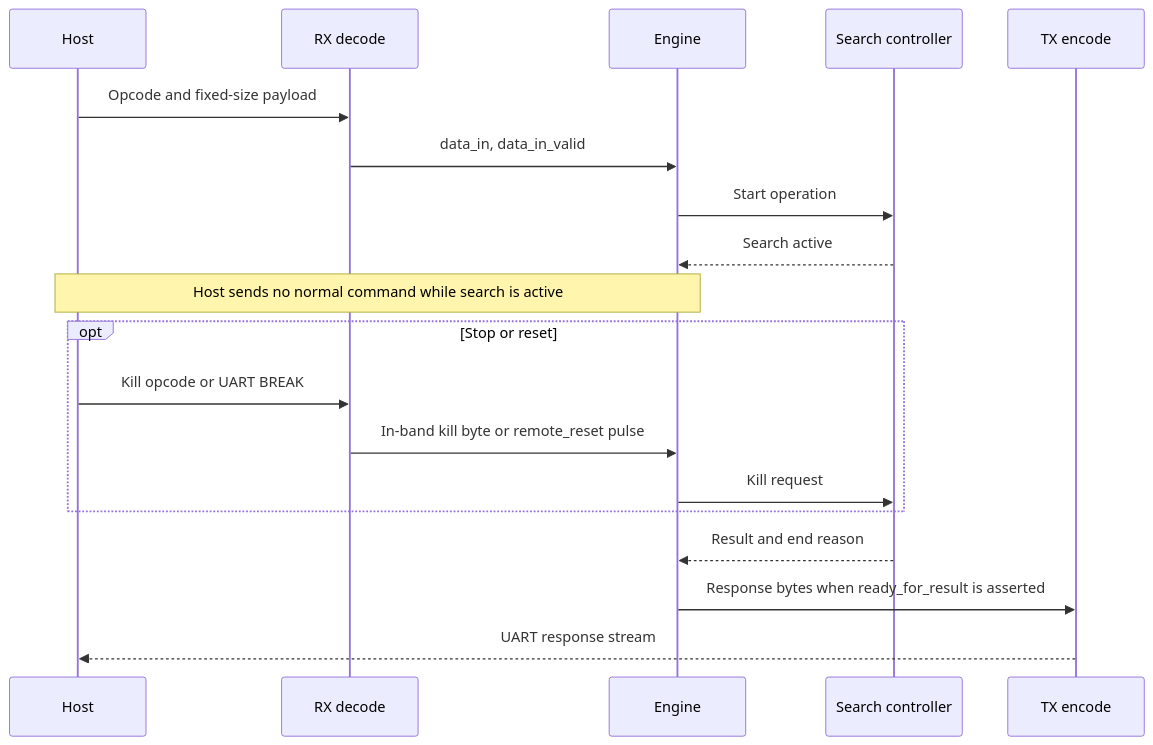
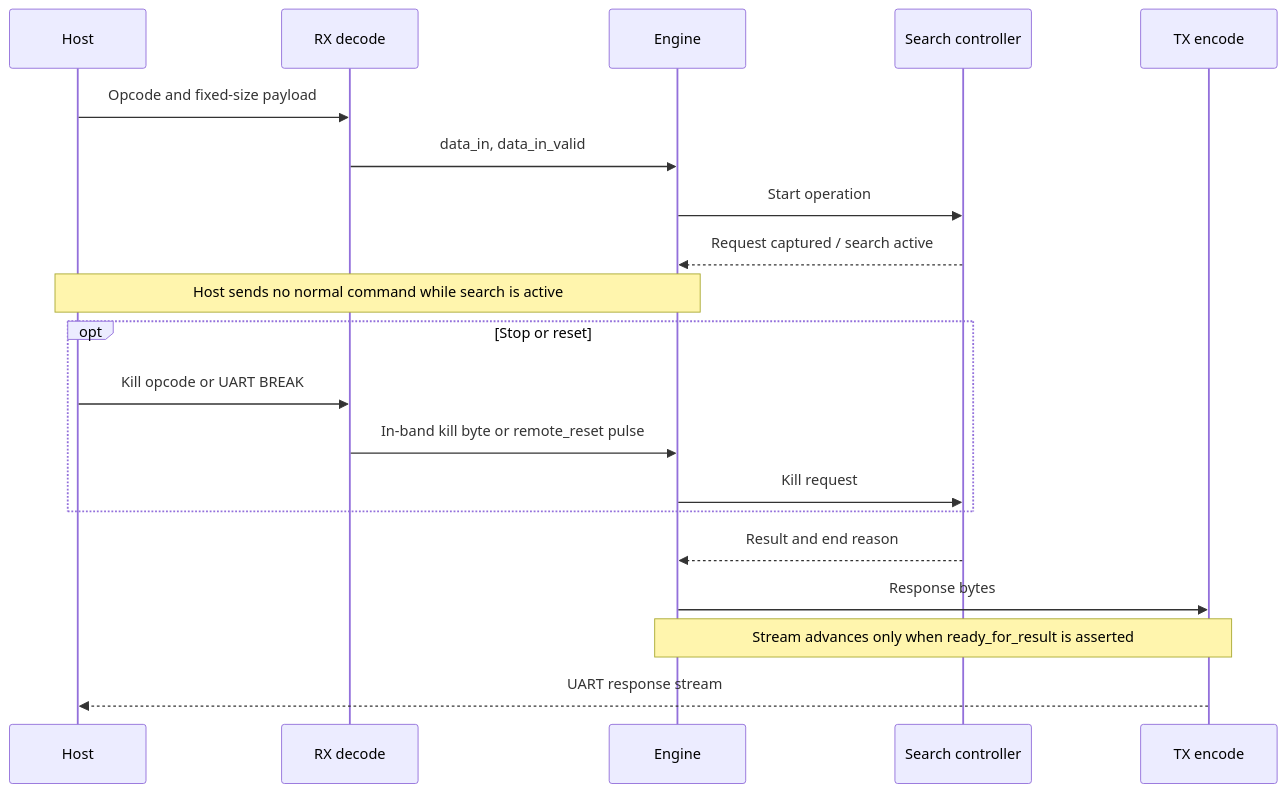
The diagram in docs/protocols/laptop-fpga-communication.md (3met/FPGA-Chess), drawn with Mermaid before and after one commit. The commit also changed other lines of this file and 14 other files, not shown here.

````diff
--- a/docs/protocols/laptop-fpga-communication.md
+++ b/docs/protocols/laptop-fpga-communication.md
@@ -27,22 +27,23 @@
 ```mermaid
 sequenceDiagram
     participant Host
     participant RX as RX decode
     participant Engine
     participant Search as Search controller
     participant TX as TX encode
 
     Host->>RX: Opcode and fixed-size payload
     RX->>Engine: data_in, data_in_valid
     Engine->>Search: Start operation
-    Search-->>Engine: Search active
+    Search-->>Engine: Request captured / search active
     Note over Host,Engine: Host sends no normal command while search is active
     opt Stop or reset
         Host->>RX: Kill opcode or UART BREAK
         RX->>Engine: In-band kill byte or remote_reset pulse
         Engine->>Search: Kill request
     end
     Search-->>Engine: Result and end reason
-    Engine->>TX: Response bytes when ready_for_result is asserted
+    Engine->>TX: Response bytes
+    Note over Engine,TX: Stream advances only when ready_for_result is asserted
     TX-->>Host: UART response stream
 ```
````
